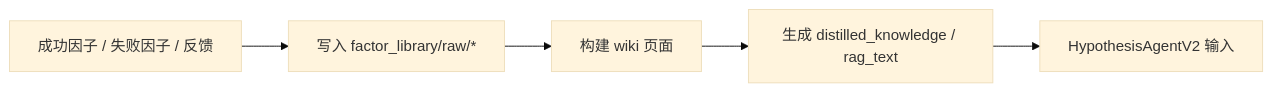
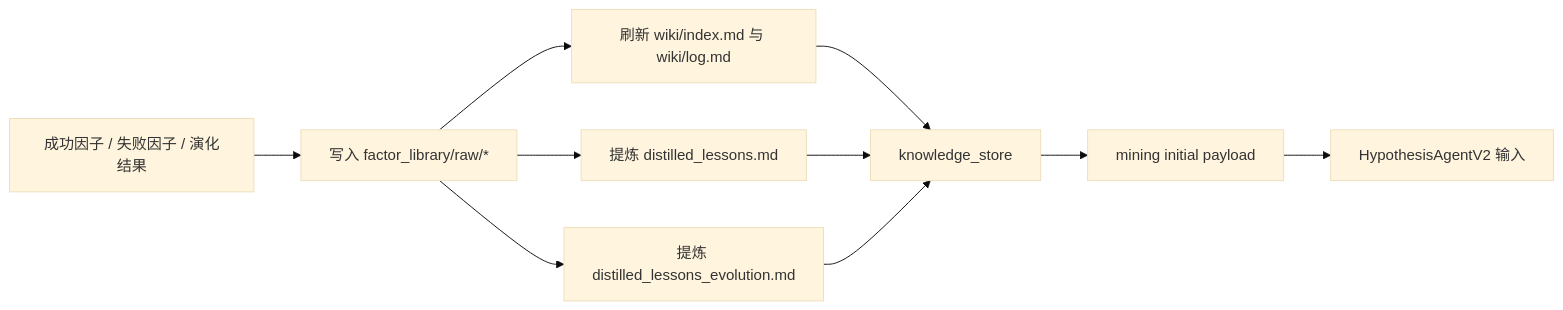
Before and after one commit to xueli-0315/Li_Multi_agent: the second of 2 diagrams in docs/mode_mining.md, drawn with Mermaid (base theme). The commit also changed other lines of this file and 58 other files, not shown here.

````diff
--- a/docs/mode_mining.md
+++ b/docs/mode_mining.md
@@ -267,7 +288,12 @@
 ```mermaid
 flowchart LR
-  A["成功因子 / 失败因子 / 反馈"] --> B["写入 factor_library/raw/*"]
-  B --> C["构建 wiki 页面"]
-  C --> D["生成 distilled_knowledge / rag_text"]
-  D --> E["HypothesisAgentV2 输入"]
+  A["成功因子 / 失败因子 / 演化结果"] --> B["写入 factor_library/raw/*"]
+  B --> C["刷新 wiki/index.md 与 wiki/log.md"]
+  B --> D["提炼 distilled_lessons.md"]
+  B --> E["提炼 distilled_lessons_evolution.md"]
+  C --> F["knowledge_store"]
+  D --> F
+  E --> F
+  F --> G["mining initial payload"]
+  G --> H["HypothesisAgentV2 输入"]
 ```
````
